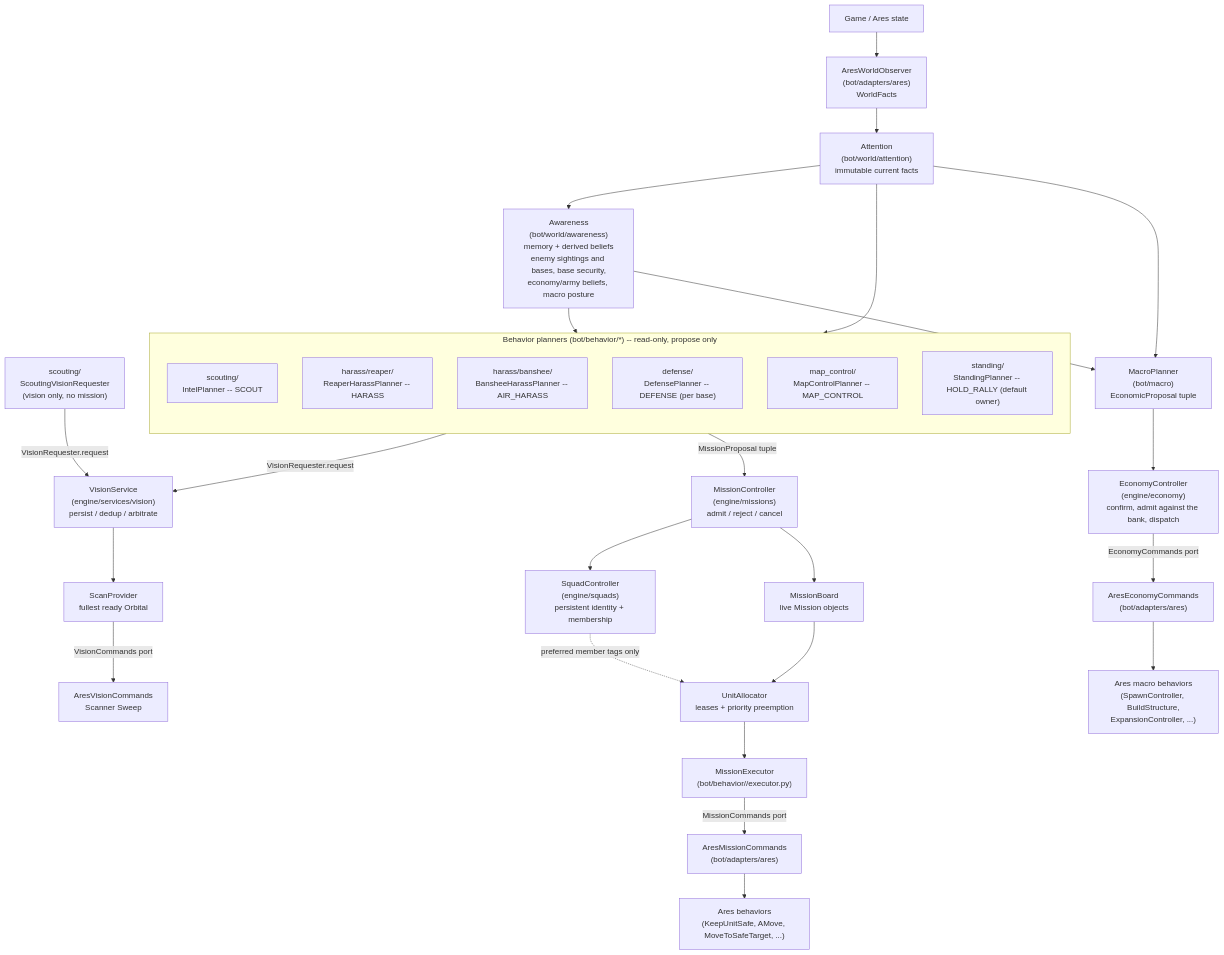
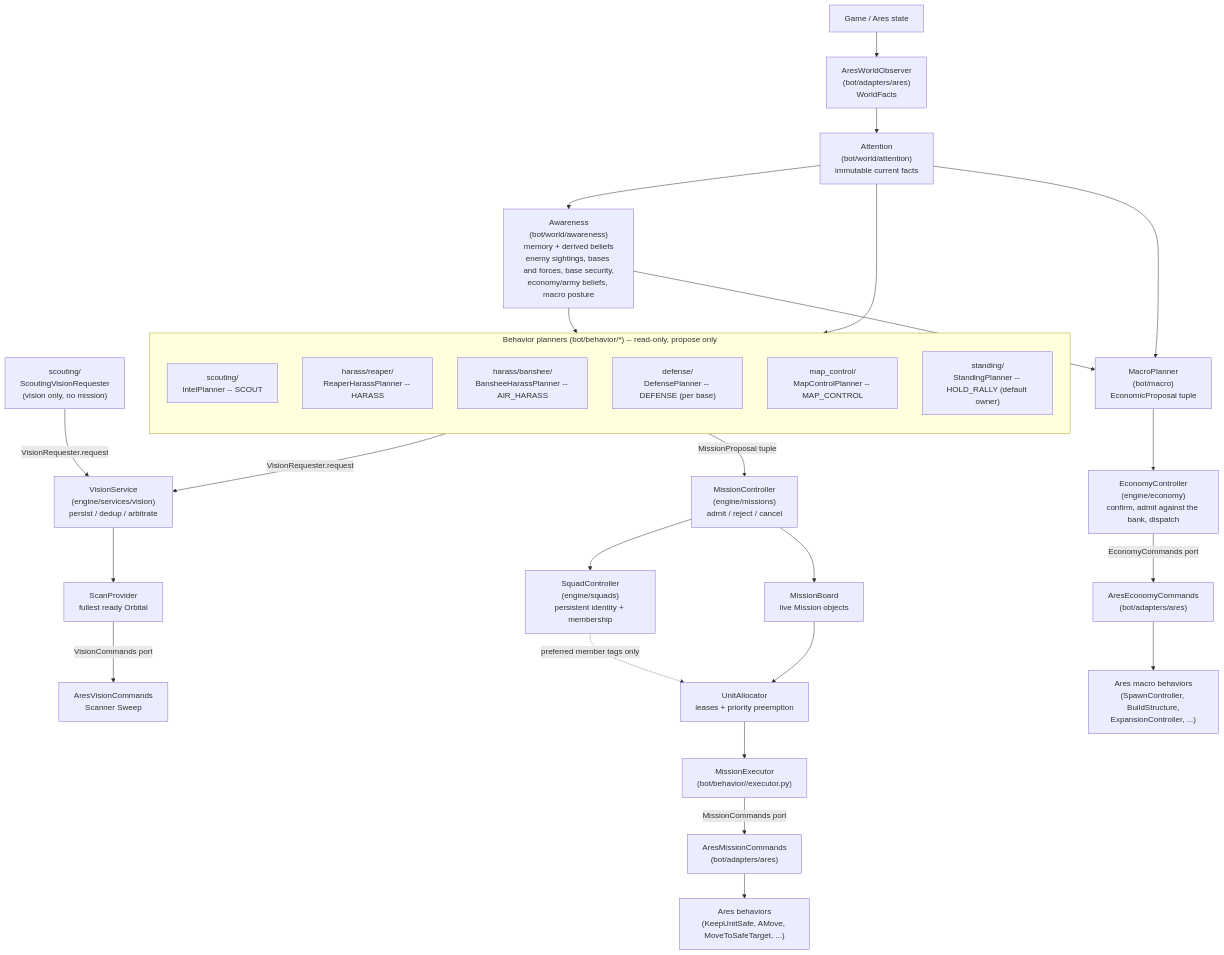
Before and after one commit to LeonardoSilvestrin/sc2bot: the diagram in _botdev/architecture/overview.md, drawn with Mermaid. The commit also changed other lines of this file and 42 other files, not shown here.

````diff
--- a/_botdev/architecture/overview.md
+++ b/_botdev/architecture/overview.md
@@ -18,40 +18,40 @@
 ```mermaid
 flowchart TD
     Game["Game / Ares state"] --> Observer["AresWorldObserver\n(bot/adapters/ares)\nWorldFacts"]
     Observer --> Attention["Attention\n(bot/world/attention)\nimmutable current facts"]
-    Attention --> Awareness["Awareness\n(bot/world/awareness)\nmemory + derived beliefs\nenemy sightings and bases, base security,\neconomy/army beliefs, macro posture"]
+    Attention --> Awareness["Awareness\n(bot/world/awareness)\nmemory + derived beliefs\nenemy sightings, bases and forces, base security,\neconomy/army beliefs, macro posture"]
 
     Awareness --> Planners
     Attention --> Planners
 
     subgraph Planners["Behavior planners (bot/behavior/*) -- read-only, propose only"]
         direction TB
         Intel["scouting/\nIntelPlanner -- SCOUT"]
         Reaper["harass/reaper/\nReaperHarassPlanner -- HARASS"]
         Banshee["harass/banshee/\nBansheeHarassPlanner -- AIR_HARASS"]
         Defense["defense/\nDefensePlanner -- DEFENSE (per base)"]
         MapCtl["map_control/\nMapControlPlanner -- MAP_CONTROL"]
         Standing["standing/\nStandingPlanner -- HOLD_RALLY (default owner)"]
     end
 
     Vision["VisionService\n(engine/services/vision)\npersist / dedup / arbitrate"]
     ScoutVision["scouting/\nScoutingVisionRequester\n(vision only, no mission)"] -->|"VisionRequester.request"| Vision
     Defense -->|"VisionRequester.request"| Vision
     Vision --> ScanProvider["ScanProvider\nfullest ready Orbital"]
     ScanProvider -->|"VisionCommands port"| AresVision["AresVisionCommands\nScanner Sweep"]
 
     Planners -->|"MissionProposal tuple"| MC["MissionController\n(engine/missions)\nadmit / reject / cancel"]
     MC --> Squads["SquadController\n(engine/squads)\npersistent identity + membership"]
     MC --> Board["MissionBoard\nlive Mission objects"]
     Squads -.->|"preferred member tags only"| Allocator
     Board --> Allocator["UnitAllocator\nleases + priority preemption"]
     Allocator --> Executors["MissionExecutor\n(bot/behavior/<behavior>/executor.py)"]
     Executors -->|"MissionCommands port"| AresAdapter["AresMissionCommands\n(bot/adapters/ares)"]
     AresAdapter --> AresBehaviors["Ares behaviors\n(KeepUnitSafe, AMove, MoveToSafeTarget, ...)"]
 
     Awareness --> Macro["MacroPlanner\n(bot/macro)\nEconomicProposal tuple"]
     Attention --> Macro
     Macro --> EconomyCtl["EconomyController\n(engine/economy)\nconfirm, admit against the bank, dispatch"]
     EconomyCtl -->|"EconomyCommands port"| EconomyAdapter["AresEconomyCommands\n(bot/adapters/ares)"]
     EconomyAdapter --> AresMacro["Ares macro behaviors\n(SpawnController, BuildStructure,\nExpansionController, ...)"]
 ```
````
